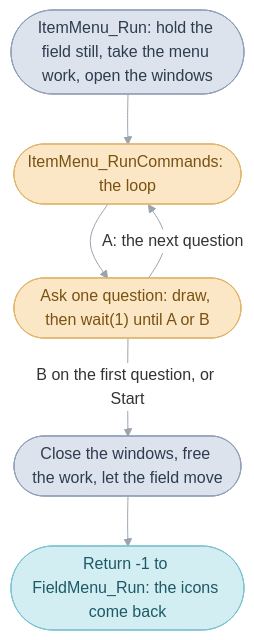
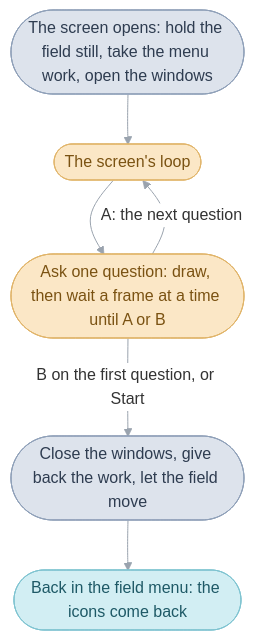
The second of 5 diagrams in games/tbs/src/menu/README.md (PascalPixel/alchemy), drawn with Mermaid before and after one commit. The commit also changed other lines of this file and 21 other files, not shown here.

````diff
--- a/games/tbs/src/menu/README.md
+++ b/games/tbs/src/menu/README.md
@@ -125,15 +98,15 @@
 ```mermaid
 %%{init: {"theme": "base", "themeVariables": {"lineColor": "#9AA3AE", "edgeLabelBackground": "#FFFFFF"}, "flowchart": {"curve": "basis", "padding": 12}}}%%
 flowchart TD
-  open(["ItemMenu_Run: hold the field still, take the menu work, open the windows"]) --> loop(["ItemMenu_RunCommands: the loop"])
-  loop --> q(["Ask one question: draw, then wait(1) until A or B"])
+  open(["The screen opens: hold the field still, take the menu work, open the windows"]) --> loop(["The screen's loop"])
+  loop --> q(["Ask one question: draw, then wait a frame at a time until A or B"])
   q -- "A: the next question" --> loop
-  q -- "B on the first question, or Start" --> close(["Close the windows, free the work, let the field move"])
-  close --> back(["Return -1 to FieldMenu_Run: the icons come back"])
+  q -- "B on the first question, or Start" --> close(["Close the windows, give back the work, let the field move"])
+  close --> back(["Back in the field menu: the icons come back"])
   classDef code fill:#DDE3EC,stroke:#8FA0B8,color:#2E3C50
   classDef frame fill:#FBE7C6,stroke:#E0B46A,color:#7A5212
   classDef sequence fill:#D2EEF3,stroke:#7FC3D0,color:#1E5966
   class open,close code
   class loop,q frame
   class back sequence
 ```
````
